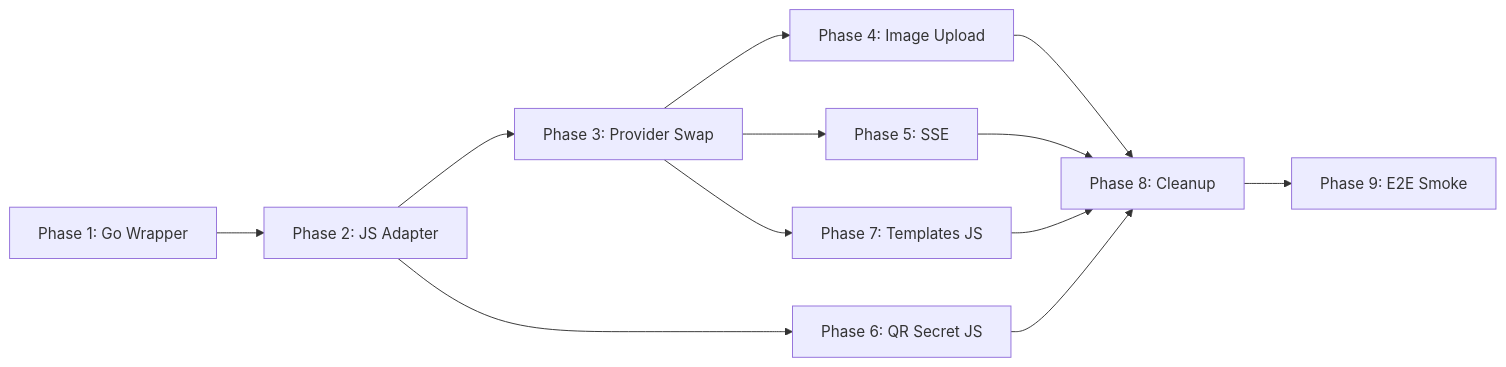
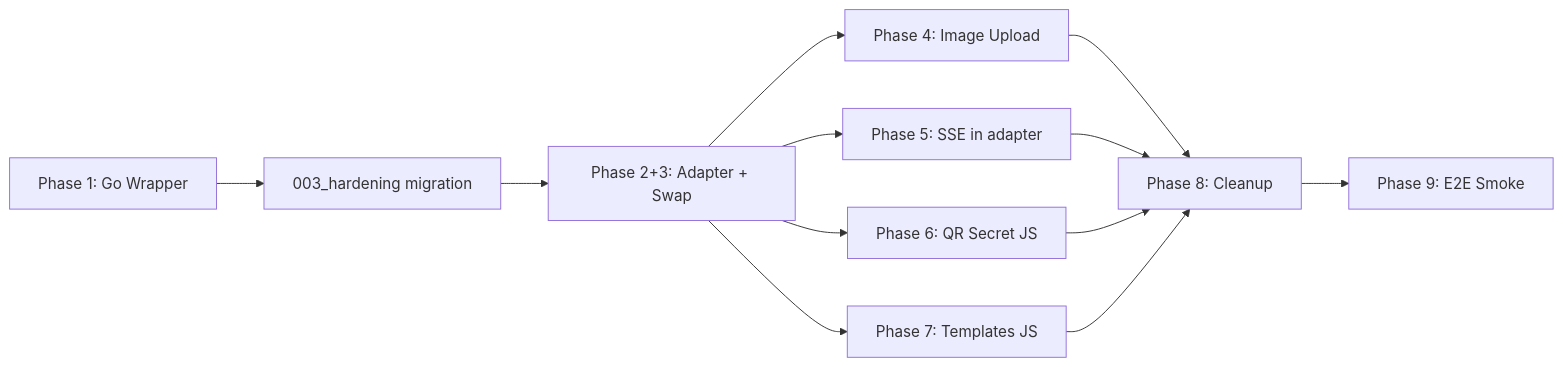
Before and after one commit to hoonsubin/messe-buddy-app: the second of 2 diagrams in plans/pocketbase-full-integration-strategy.md, drawn with Mermaid. The commit also changed other lines of this file and 40 other files, not shown here.

````diff
--- a/plans/pocketbase-full-integration-strategy.md
+++ b/plans/pocketbase-full-integration-strategy.md
@@ -864,14 +798,14 @@
 ```mermaid
 flowchart LR
-    P1[Phase 1: Go Wrapper] --> P2[Phase 2: JS Adapter]
-    P2 --> P3[Phase 3: Provider Swap]
-    P3 --> P4[Phase 4: Image Upload]
-    P3 --> P5[Phase 5: SSE]
+    P1[Phase 1: Go Wrapper] --> P1b[003_hardening migration]
+    P1b --> P2[Phase 2+3: Adapter + Swap]
+    P2 --> P4[Phase 4: Image Upload]
+    P2 --> P5[Phase 5: SSE in adapter]
     P2 --> P6[Phase 6: QR Secret JS]
-    P3 --> P7[Phase 7: Templates JS]
+    P2 --> P7[Phase 7: Templates JS]
     P4 --> P8[Phase 8: Cleanup]
     P5 --> P8
     P6 --> P8
     P7 --> P8
     P8 --> P9[Phase 9: E2E Smoke]
 ```
````
